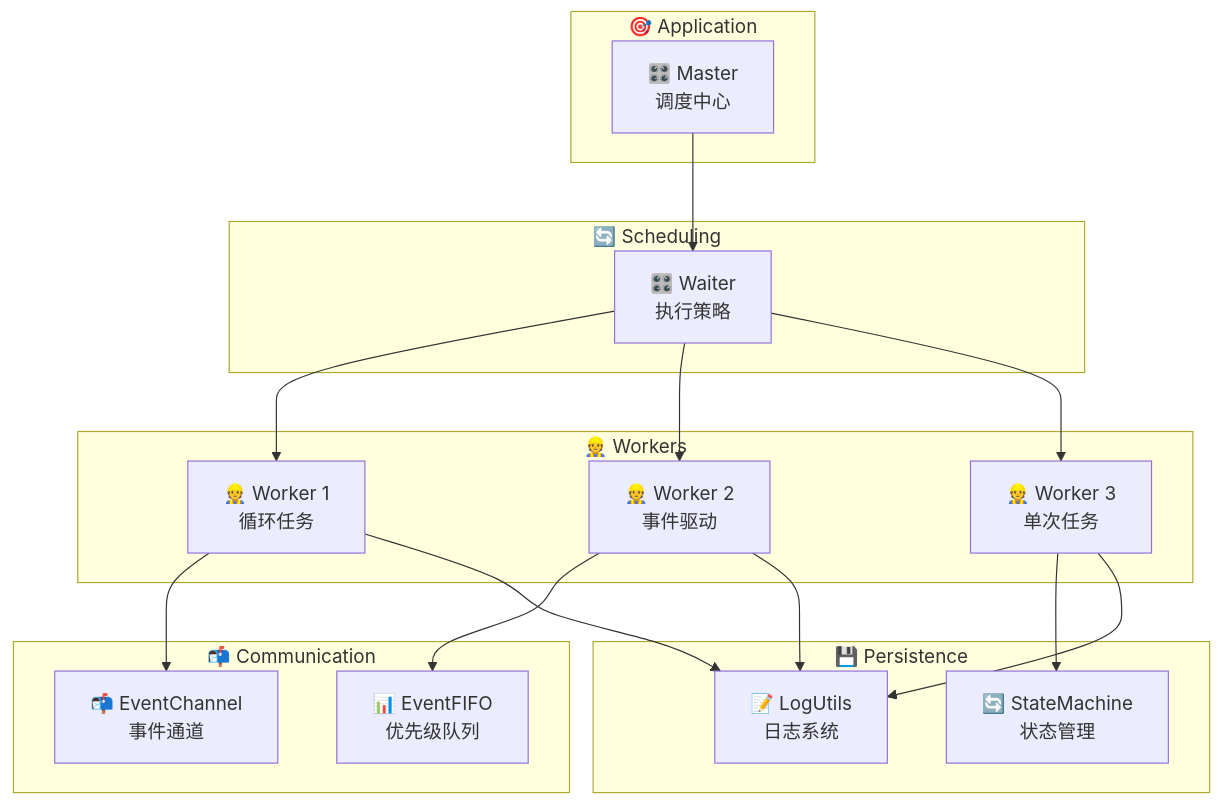
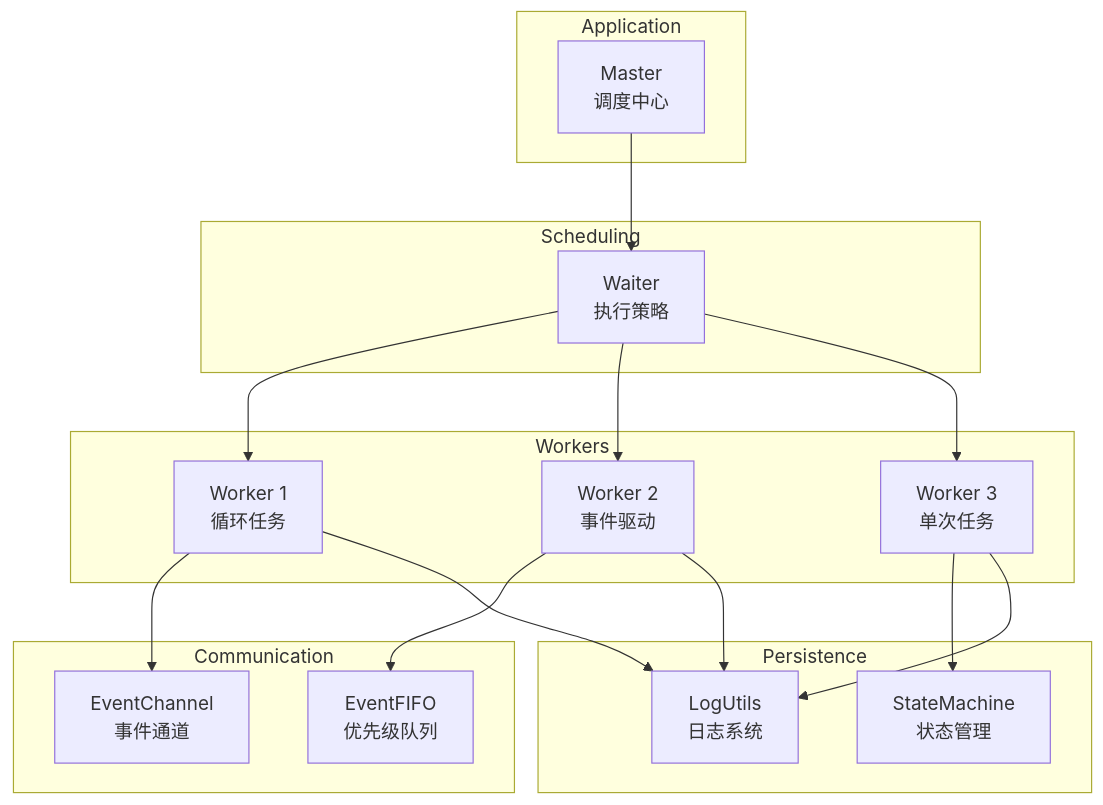
Before and after one commit to YearsAlso/zoo-framework-doc: the first of 2 diagrams in docs/start/index.md, drawn with Mermaid. The commit also changed other lines of this file and 24 other files, not shown here.

First line of the commit message:
docs(site): 站点正式化与内容严肃化，附 bench 报告截图

````diff
--- a/docs/start/index.md
+++ b/docs/start/index.md
@@ -198,37 +198,37 @@
 ```mermaid
 flowchart TB
-    subgraph "🎯 Application"
-        M[🎛️ Master<br/>调度中心]
+    subgraph  Application
+        M[ Master<br/>调度中心]
     end
     
-    subgraph "🔄 Scheduling"
-        W[🎛️ Waiter<br/>执行策略]
+    subgraph  Scheduling
+        W[ Waiter<br/>执行策略]
     end
     
-    subgraph "👷 Workers"
-        W1[👷 Worker 1<br/>循环任务]
-        W2[👷 Worker 2<br/>事件驱动]
-        W3[👷 Worker 3<br/>单次任务]
+    subgraph  Workers
+        W1[ Worker 1<br/>循环任务]
+        W2[ Worker 2<br/>事件驱动]
+        W3[ Worker 3<br/>单次任务]
     end
     
-    subgraph "📬 Communication"
-        E[📬 EventChannel<br/>事件通道]
-        F[📊 EventFIFO<br/>优先级队列]
+    subgraph  Communication
+        E[ EventChannel<br/>事件通道]
+        F[ EventFIFO<br/>优先级队列]
     end
     
-    subgraph "💾 Persistence"
-        S[🔄 StateMachine<br/>状态管理]
-        L[📝 LogUtils<br/>日志系统]
+    subgraph  Persistence
+        S[ StateMachine<br/>状态管理]
+        L[ LogUtils<br/>日志系统]
     end
     
     M --> W
     W --> W1
     W --> W2
     W --> W3
     W1 --> E
     W2 --> F
     W3 --> S
     W1 --> L
     W2 --> L
     W3 --> L
 ```
````
